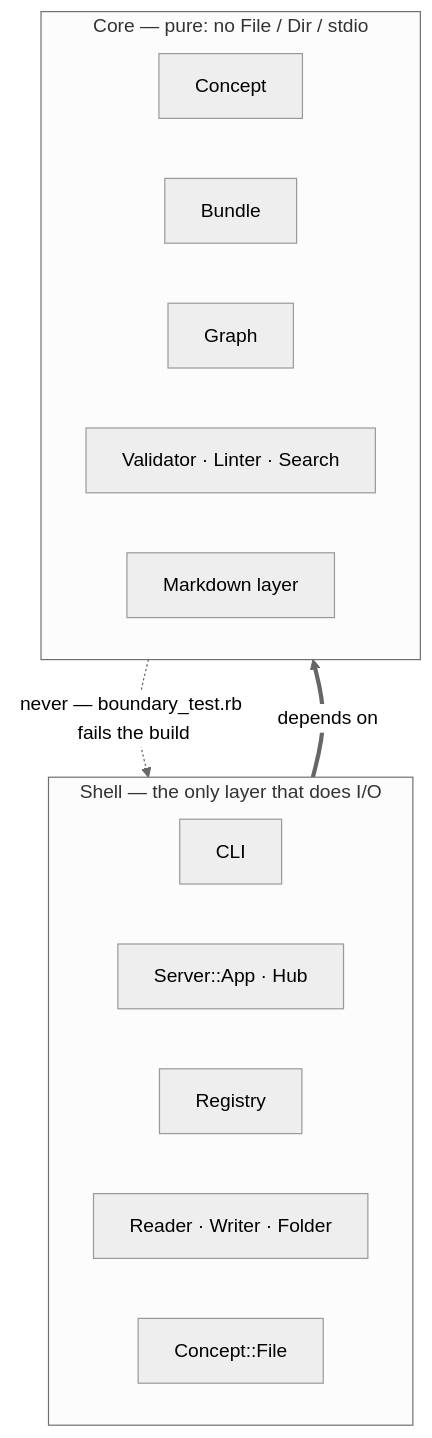
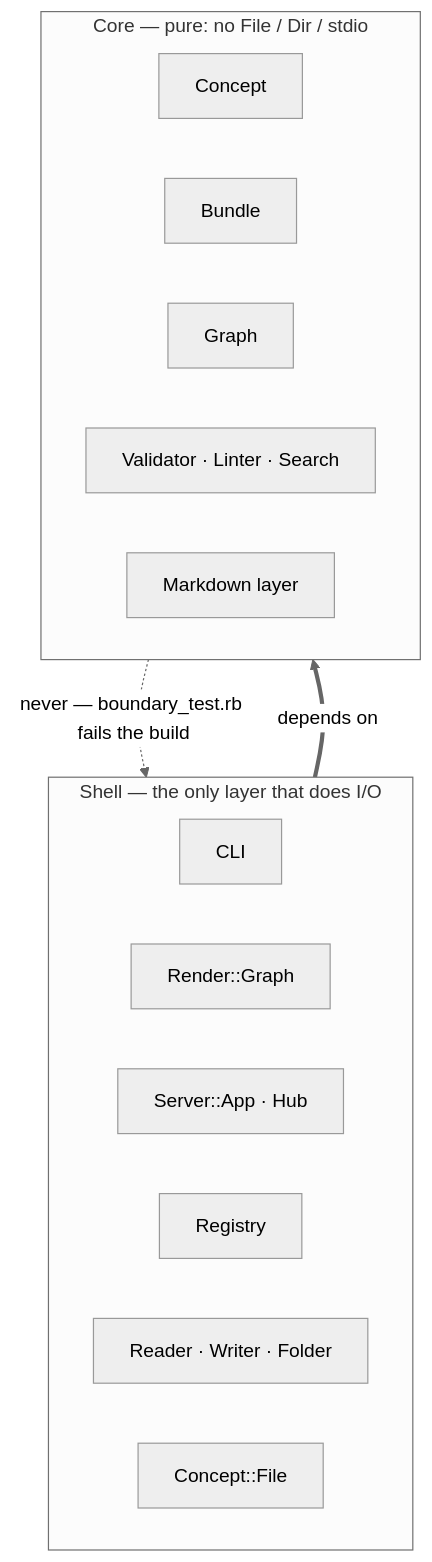
The diagram in .okf/design/core-shell-split.md (serradura/okf-gem), drawn with Mermaid (neutral theme) before and after one commit. The commit also changed other lines of this file and 5 other files, not shown here.

First line of the commit message:
docs: the bundle follows the renderer out of Server into OKF::Render::Graph

````diff
--- a/.okf/design/core-shell-split.md
+++ b/.okf/design/core-shell-split.md
@@ -22,19 +23,20 @@
 ```mermaid
 flowchart TB
   subgraph shell ["Shell — the only layer that does I/O"]
     CLI["CLI"]
+    Render["Render::Graph"]
     Server["Server::App · Hub"]
     Registry["Registry"]
     RW["Reader · Writer · Folder"]
     CF["Concept::File"]
   end
   subgraph core ["Core — pure: no File / Dir / stdio"]
     Concept["Concept"]
     Bundle["Bundle"]
     Graph["Graph"]
     VL["Validator · Linter · Search"]
     MD["Markdown layer"]
   end
   shell ==>|depends on| core
   core -. "never — boundary_test.rb fails the build" .-> shell
 ```
````
